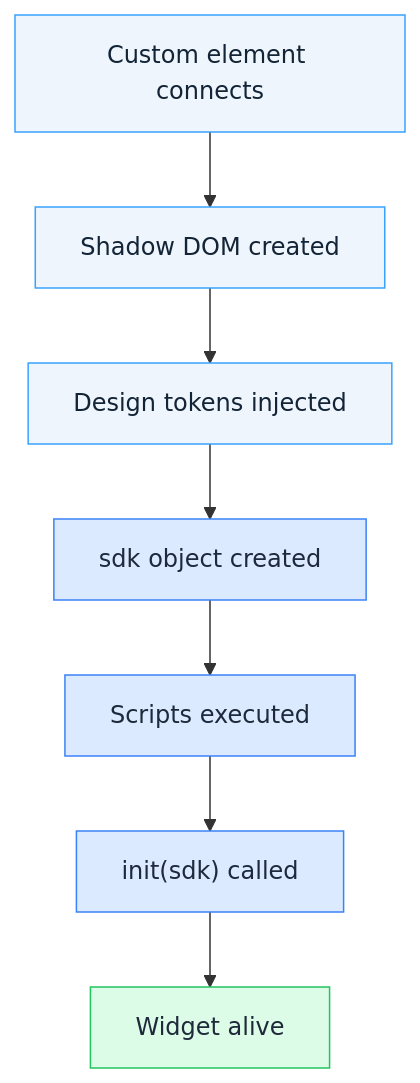
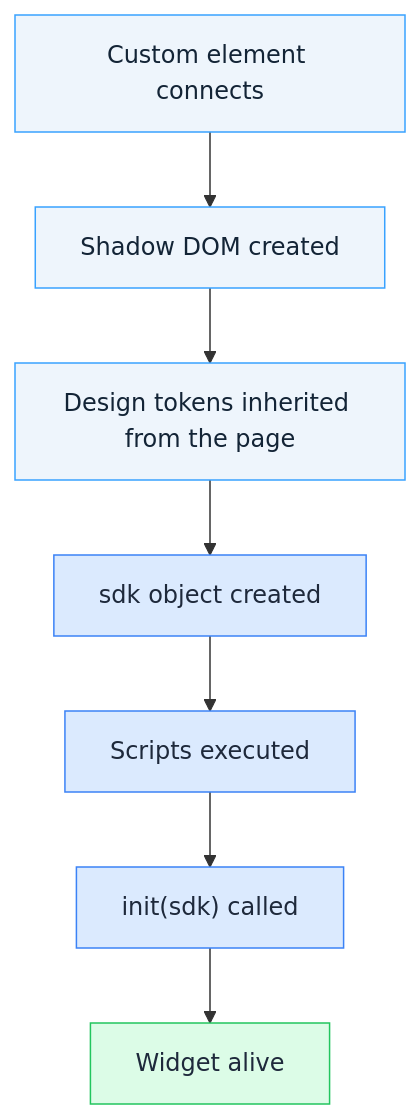
One commit to gs-lukaszwnek/docs changed the second of 3 diagrams in custom-widgets/v2/core-concepts.md. Above: the diagram before and after it, drawn with Mermaid. The commit also changed other lines of this file and 2089 other files, not shown here.

````diff
--- a/custom-widgets/v2/core-concepts.md
+++ b/custom-widgets/v2/core-concepts.md
@@ -122,17 +122,17 @@
 ```mermaid
 flowchart TD
     A["Custom element connects"] --> B["Shadow DOM created"]
-    B --> C["Design tokens injected"]
+    B --> C["Design tokens inherited from the page"]
     C --> D["sdk object created"]
     D --> E["Scripts executed"]
     E --> F["init(sdk) called"]
     F --> G["Widget alive"]
 
     style A fill:#eef5fc,stroke:#39a2ff,color:#132436
     style B fill:#eef5fc,stroke:#39a2ff,color:#132436
     style C fill:#eef5fc,stroke:#39a2ff,color:#132436
     style D fill:#dbeafe,stroke:#3b82f6,color:#1e293b
     style E fill:#dbeafe,stroke:#3b82f6,color:#1e293b
     style F fill:#dbeafe,stroke:#3b82f6,color:#1e293b
     style G fill:#dcfce7,stroke:#22c55e,color:#1e293b
 ```
````
